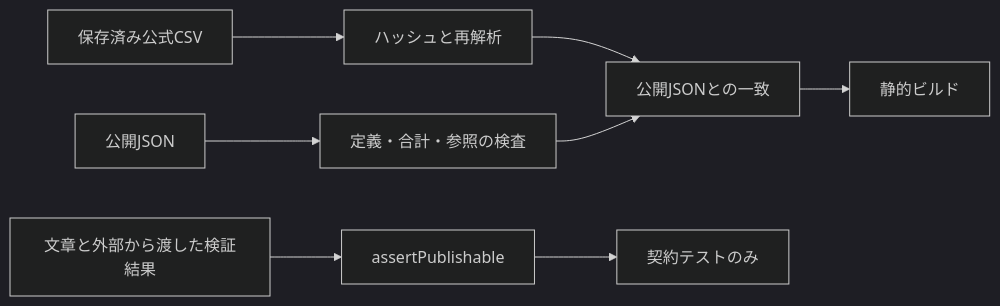
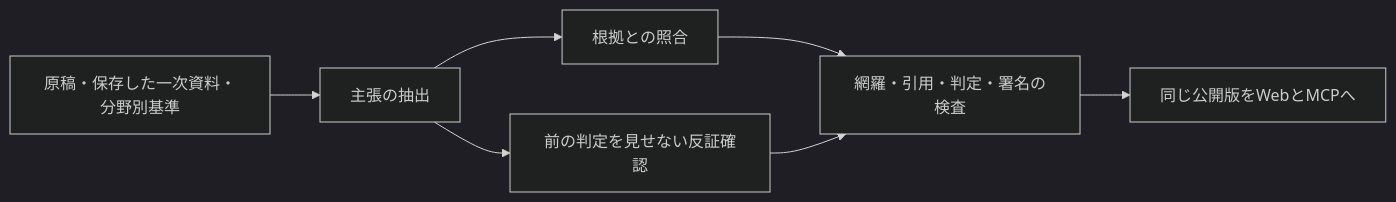
Before and after one commit to toyofukux/yokohama-intelligence: the diagram in docs/FACT-CHECK.md, drawn with Mermaid (dark theme). The commit also changed other lines of this file and 55 other files, not shown here.

````diff
--- a/docs/FACT-CHECK.md
+++ b/docs/FACT-CHECK.md
@@ -12,10 +9,9 @@
 ```mermaid
 flowchart LR
-  A[保存済み公式CSV] --> B[ハッシュと再解析]
-  C[公開JSON] --> D[定義・合計・参照の検査]
-  B --> E[公開JSONとの一致]
+  A[原稿・保存した一次資料・分野別基準] --> B[主張の抽出]
+  B --> C[根拠との照合]
+  B --> D[前の判定を見せない反証確認]
+  C --> E[網羅・引用・判定・署名の検査]
   D --> E
-  E --> F[静的ビルド]
-  G[文章と外部から渡した検証結果] --> H[assertPublishable]
-  H --> I[契約テストのみ]
+  E --> F[同じ公開版をWebとMCPへ]
 ```
````
